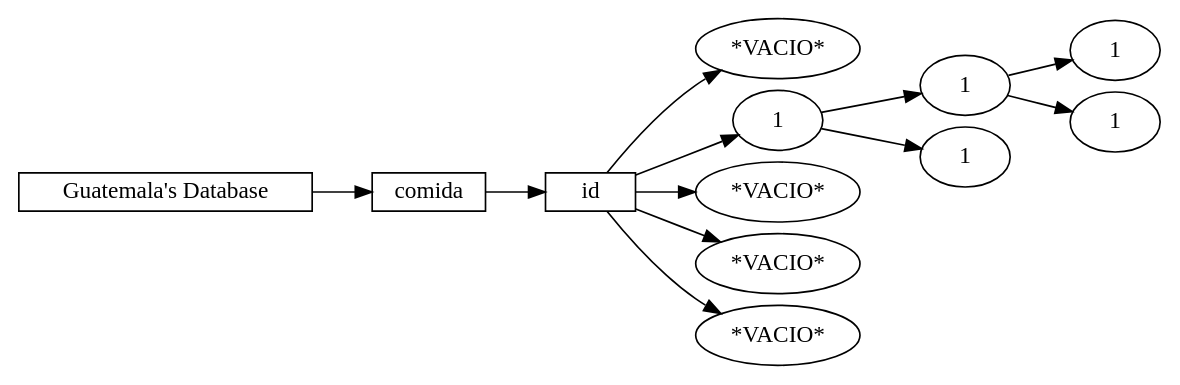
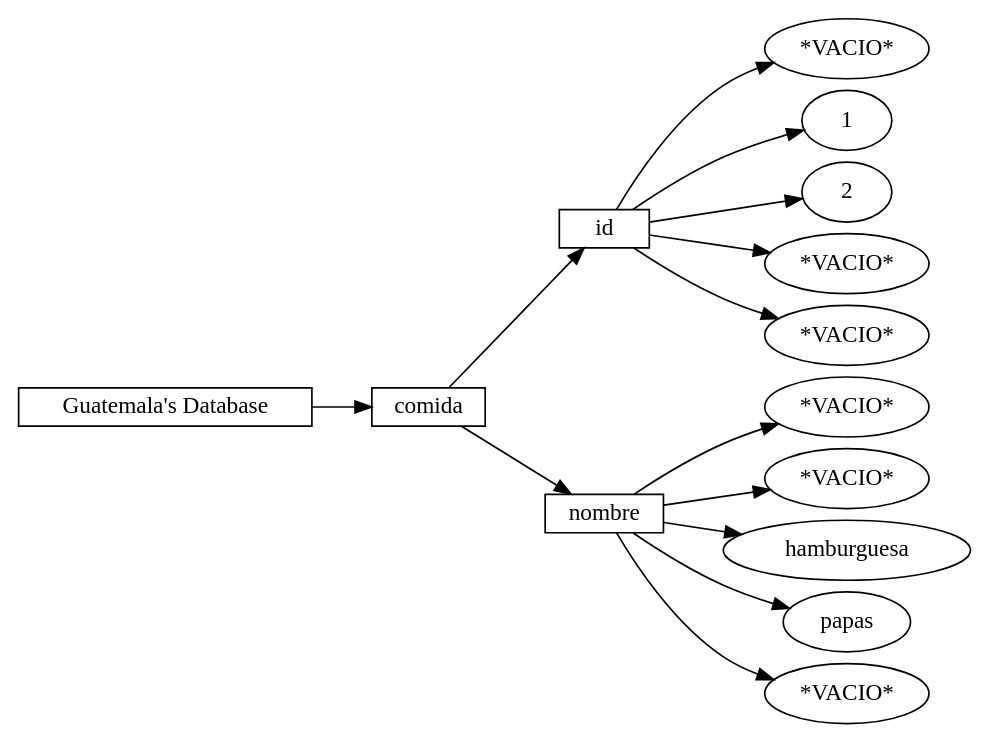
One commit to Fxhnd13/EstructuraDeDatos_Proyecto_2 changed the diagram in Docs/Grafico.dot. Above: the diagram before and after it, drawn with Graphviz. The commit also changed 8 other files, not shown here.

```diff
--- a/Docs/Grafico.dot
+++ b/Docs/Grafico.dot
@@ -1,27 +1,31 @@
 digraph G {
      nodesep=.1;
      rankdir=LR;
      node0 [label="Guatemala's Database", shape=record, height=.1];
      node0 -> node1;
      node1 [label="comida", shape=record, height=.1];
      node1 -> node2;
      node2 [label="id", shape=record, height=.1];
      node2 -> node3;
      node3 [label="*VACIO*"];
      node2 -> node4;
      node4 [label="1"];
-     node4 -> node5;
-     node5 [label="1"];
-     node5 -> node6;
-     node6 [label="1"];
-     node5 -> node7;
-     node7 [label="1"];
-     node4 -> node8;
-     node8 [label="1"];
-     node2 -> node9;
+     node2 -> node5;
+     node5 [label="2"];
+     node2 -> node6;
+     node6 [label="*VACIO*"];
+     node2 -> node7;
+     node7 [label="*VACIO*"];
+     node1 -> node8;
+     node8 [label="nombre", shape=record, height=.1];
+     node8 -> node9;
      node9 [label="*VACIO*"];
-     node2 -> node10;
+     node8 -> node10;
      node10 [label="*VACIO*"];
-     node2 -> node11;
-     node11 [label="*VACIO*"];
+     node8 -> node11;
+     node11 [label="hamburguesa"];
+     node8 -> node12;
+     node12 [label="papas"];
+     node8 -> node13;
+     node13 [label="*VACIO*"];
 }
```
